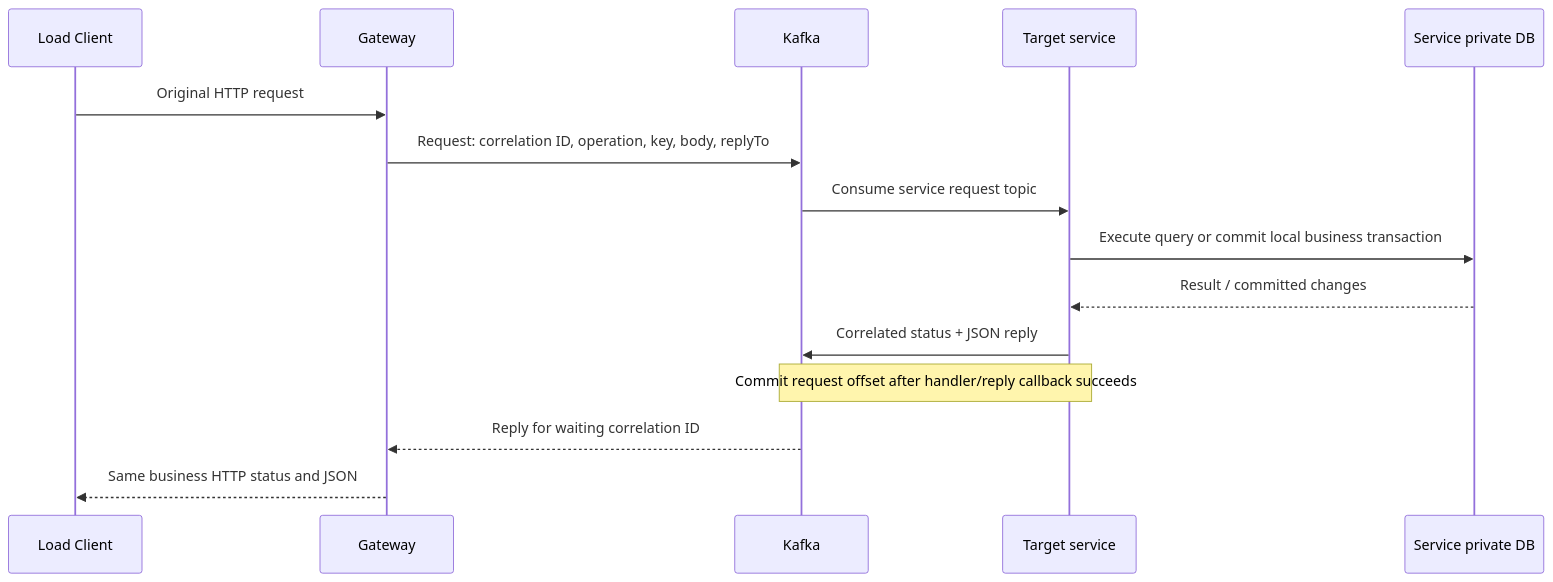
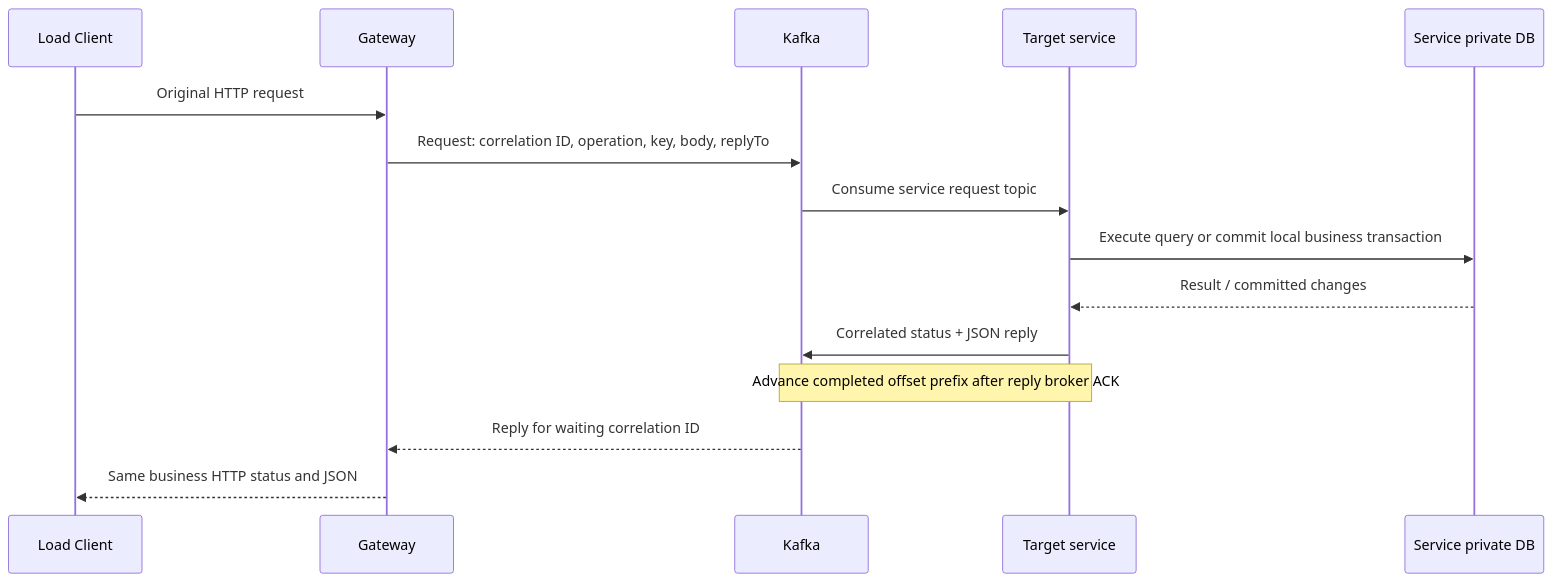
Before and after one commit to Anne-Zeng/CS6510-2026: the second of 4 diagrams in event-driven-server/docs/architecture.md, drawn with Mermaid. The commit also changed other lines of this file and 39 other files, not shown here.

````diff
--- a/event-driven-server/docs/architecture.md
+++ b/event-driven-server/docs/architecture.md
@@ -49,17 +55,17 @@
 ```mermaid
 sequenceDiagram
     participant L as Load Client
     participant G as Gateway
     participant K as Kafka
     participant S as Target service
     participant D as Service private DB
     L->>G: Original HTTP request
     G->>K: Request: correlation ID, operation, key, body, replyTo
     K->>S: Consume service request topic
     S->>D: Execute query or commit local business transaction
     D-->>S: Result / committed changes
     S->>K: Correlated status + JSON reply
-    Note over S,K: Commit request offset after handler/reply callback succeeds
+    Note over S,K: Advance completed offset prefix after reply broker ACK
     K-->>G: Reply for waiting correlation ID
     G-->>L: Same business HTTP status and JSON
 ```
````
